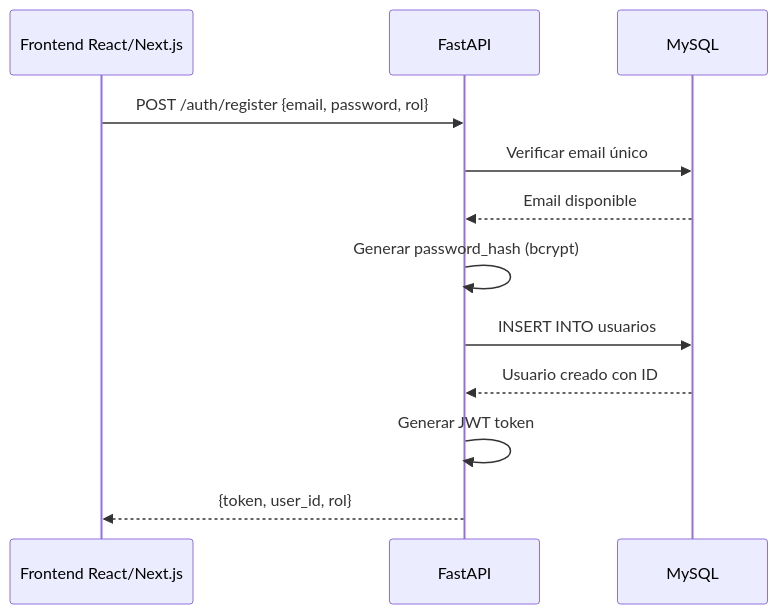
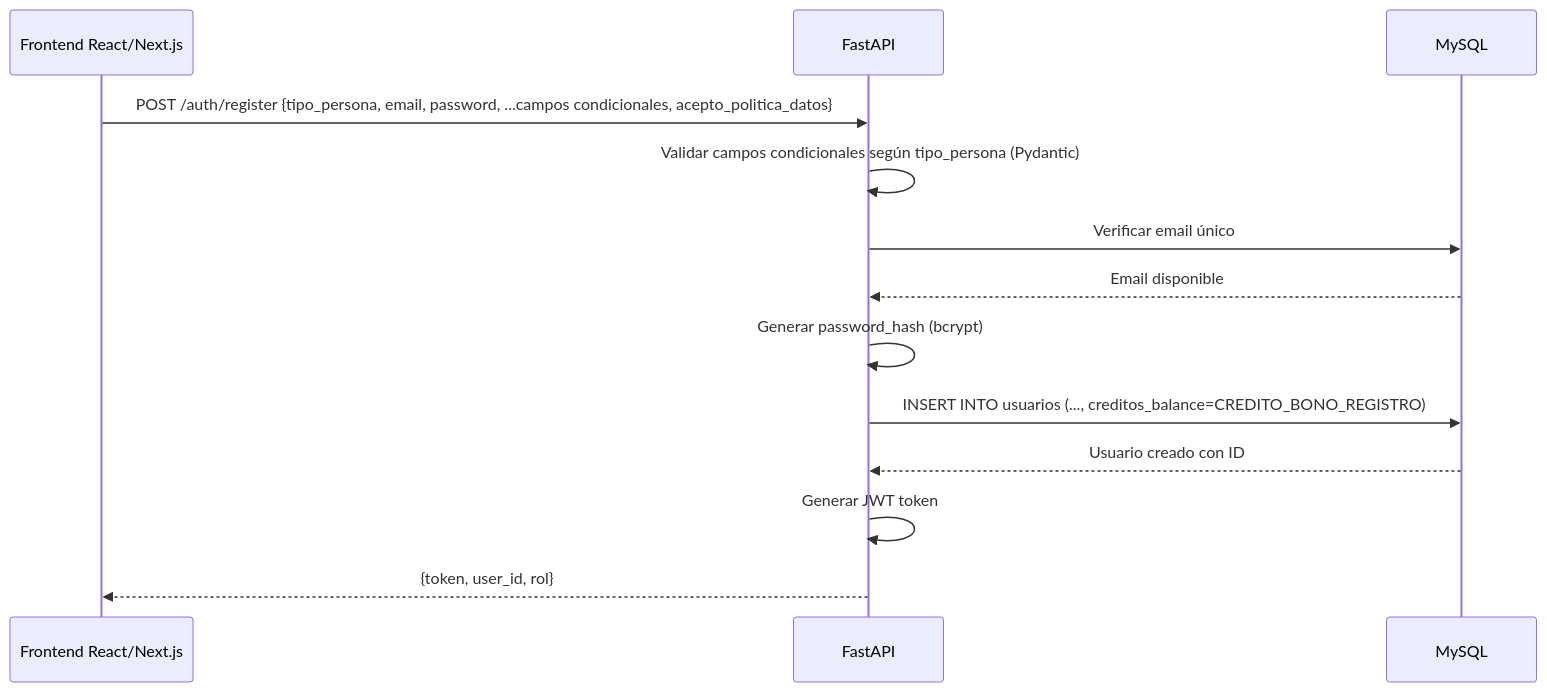
Before and after one commit to JuanEstebanAstaiza/ImportacionesQ8: the first of 7 diagrams in ImportacionesQ8V/Backend/Autenticacion.md, drawn with Mermaid. The commit also changed other lines of this file and 61 other files, not shown here.

````diff
--- a/ImportacionesQ8V/Backend/Autenticacion.md
+++ b/ImportacionesQ8V/Backend/Autenticacion.md
@@ -13,15 +29,16 @@
 ```mermaid
 sequenceDiagram
     participant Cliente as Frontend React/Next.js
     participant API as FastAPI
     participant DB as MySQL
 
-    Cliente->>API: POST /auth/register {email, password, rol}
+    Cliente->>API: POST /auth/register {tipo_persona, email, password, ...campos condicionales, acepto_politica_datos}
+    API->>API: Validar campos condicionales según tipo_persona (Pydantic)
     API->>DB: Verificar email único
     DB-->>API: Email disponible
     API->>API: Generar password_hash (bcrypt)
-    API->>DB: INSERT INTO usuarios
+    API->>DB: INSERT INTO usuarios (..., creditos_balance=CREDITO_BONO_REGISTRO)
     DB-->>API: Usuario creado con ID
     API->>API: Generar JWT token
     API-->>Cliente: {token, user_id, rol}
 ```
````
